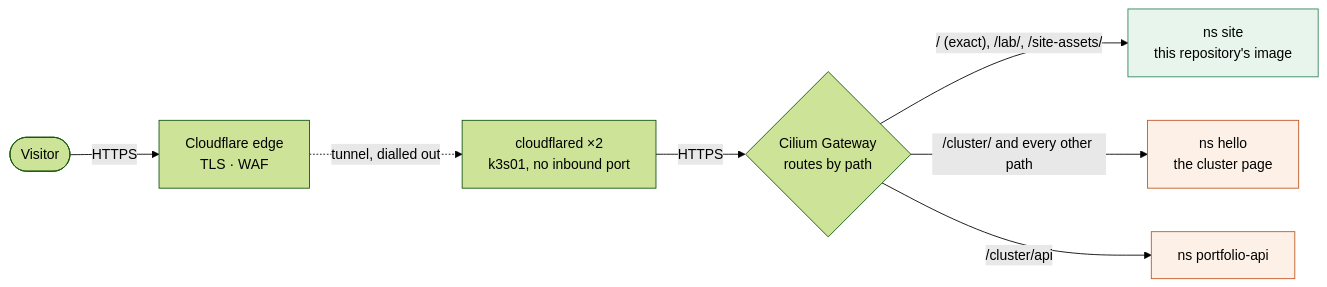
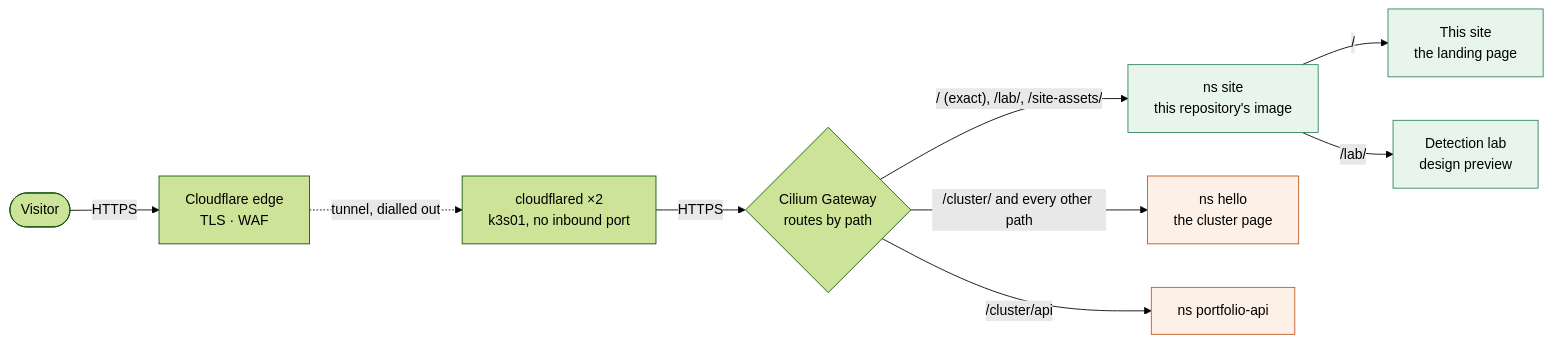
Before and after one commit to HubertMJ/hubertjablon.ski: the first of 2 diagrams in README.md, drawn with Mermaid (forest theme). The commit also changed other lines of this file and 7 other files, not shown here.

````diff
--- a/README.md
+++ b/README.md
@@ -23,13 +23,15 @@
 ```mermaid
 flowchart LR
     V([Visitor]) -- HTTPS --> CF["Cloudflare edge<br/>TLS · WAF"]
     CF -. tunnel, dialled out .-> CFD["cloudflared ×2<br/>k3s01, no inbound port"]
     CFD -- HTTPS --> GW{"Cilium Gateway<br/>routes by path"}
     GW -- "/ (exact), /lab/, /site-assets/" --> SITE["ns site<br/>this repository's image"]
+    SITE -- "/" --> HOME["This site<br/>the landing page"]
+    SITE -- "/lab/" --> LAB["Detection lab<br/>design preview"]
     GW -- "/cluster/ and every other path" --> HELLO["ns hello<br/>the cluster page"]
     GW -- "/cluster/api" --> API["ns portfolio-api"]
     classDef here fill:#e7f5ec,stroke:#2f855a;
     classDef other fill:#fdf0e6,stroke:#c05621;
-    class SITE here;
+    class SITE,HOME,LAB here;
     class HELLO,API other;
 ```
````
